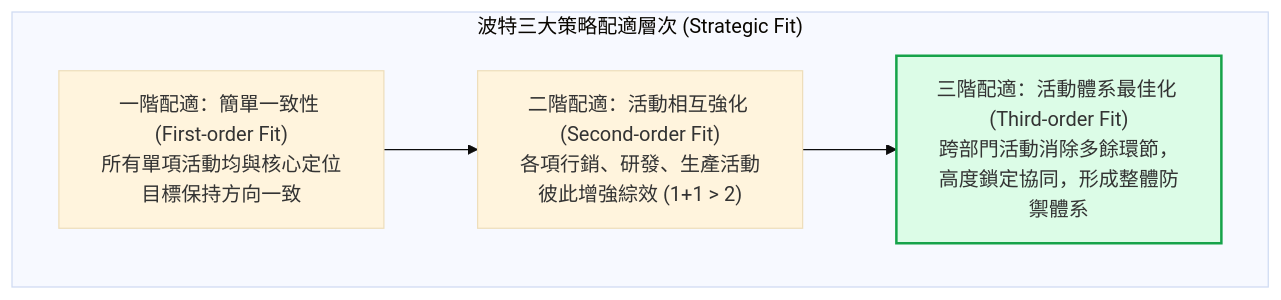
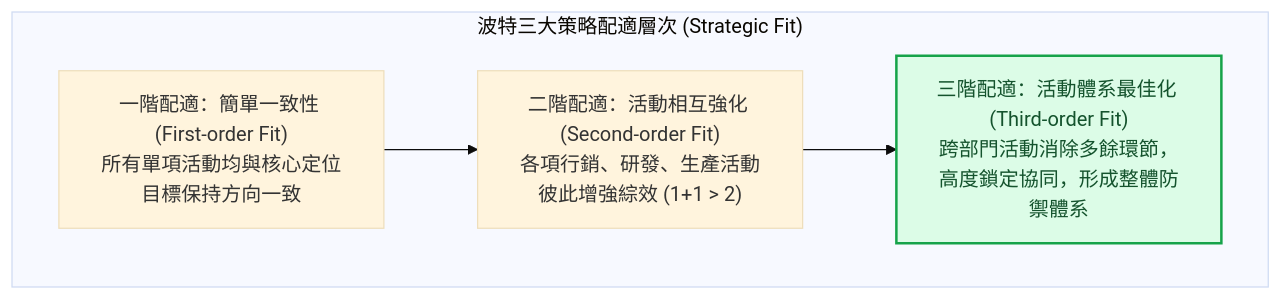
One commit to Jimlin0428/my-digital-garden changed the third of 8 diagrams in src/site/notes/98_商業概念庫/competitive-advantage_競爭優勢.md. Above: the diagram before and after it, drawn with Mermaid (base theme). The commit also changed other lines of this file and 99 other files, not shown here.

````diff
--- a/src/site/notes/98_商業概念庫/competitive-advantage_競爭優勢.md
+++ b/src/site/notes/98_商業概念庫/competitive-advantage_競爭優勢.md
@@ -115,10 +115,10 @@
 ```mermaid
 flowchart TB
     subgraph PorterFit ["波特三大策略配適層次 (Strategic Fit)"]
         F1["一階配適：簡單一致性 (First-order Fit)<br>所有單項活動均與核心定位目標保持方向一致"]
         F2["二階配適：活動相互強化 (Second-order Fit)<br>各項行銷、研發、生產活動彼此增強綜效 (1+1 > 2)"]
         F3["三階配適：活動體系最佳化 (Third-order Fit)<br>跨部門活動消除多餘環節，高度鎖定協同，形成整體防禦體系"]
         F1 --> F2 --> F3
     end
-    style F3 fill:#dcfce7,stroke:#16a34a,stroke-width:2px
+    style F3 fill:#dcfce7,stroke:#16a34a,stroke-width:2px,color:#14532d
 ```
````
